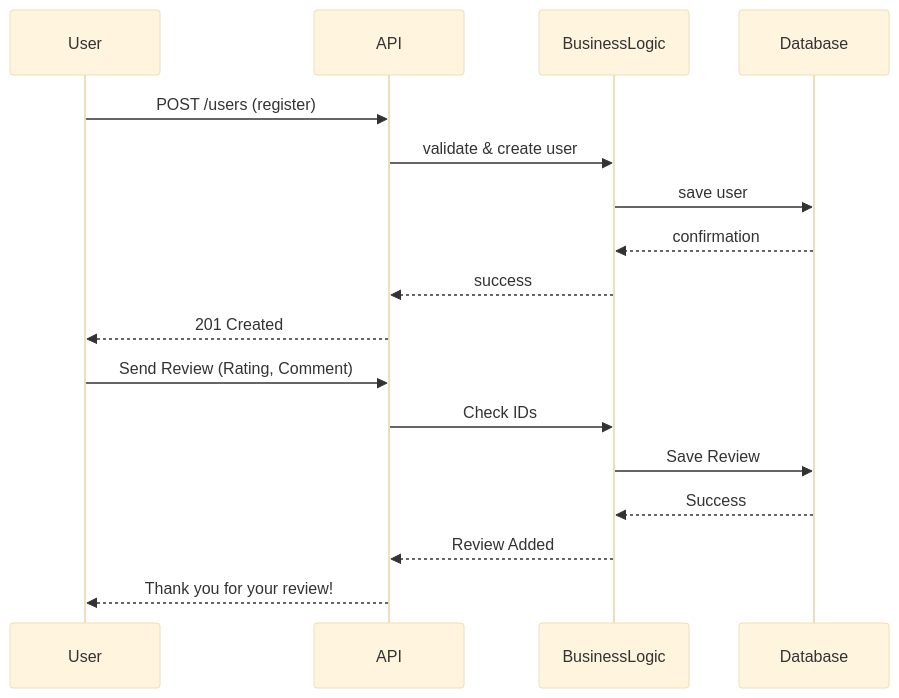
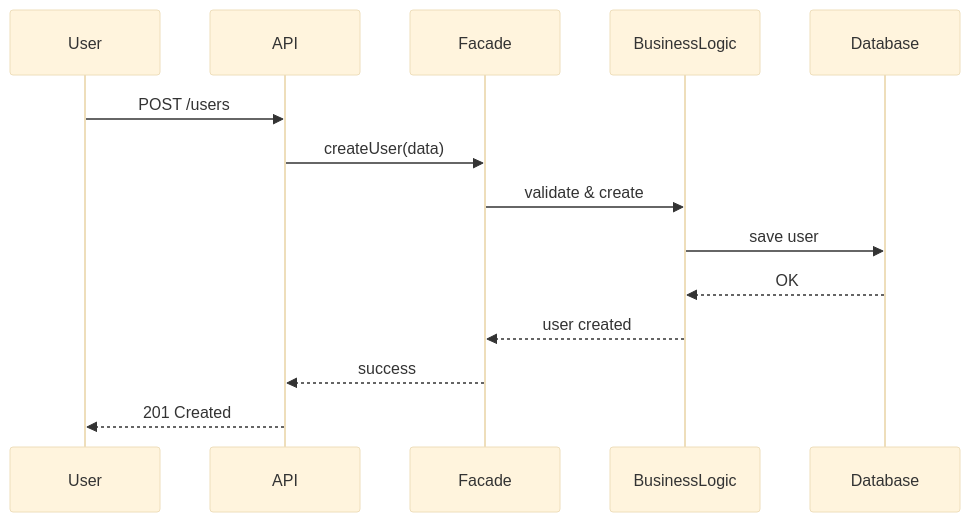
Before and after one commit to ibadvahidov505/holbertonschool-hbnb: the third of 6 diagrams in part1/README.md, drawn with Mermaid (base theme). The commit also changed other lines of this file, not shown here.

````diff
--- a/part1/README.md
+++ b/part1/README.md
@@ -202,22 +202,17 @@
 ```mermaid
 sequenceDiagram
 participant User
 participant API
+participant Facade
 participant BusinessLogic
 participant Database
 
-User->>API: POST /users (register)
-API->>BusinessLogic: validate & create user
+User->>API: POST /users
+API->>Facade: createUser(data)
+Facade->>BusinessLogic: validate & create
 BusinessLogic->>Database: save user
-Database-->>BusinessLogic: confirmation
-BusinessLogic-->>API: success
+Database-->>BusinessLogic: OK
+BusinessLogic-->>Facade: user created
+Facade-->>API: success
 API-->>User: 201 Created
-
-User->>API: Send Review (Rating, Comment)
-API->>BusinessLogic: Check IDs
-BusinessLogic->>Database: Save Review
-Database-->>BusinessLogic: Success
-BusinessLogic-->>API: Review Added
-API-->>User: Thank you for your review!
-
 ```
````
